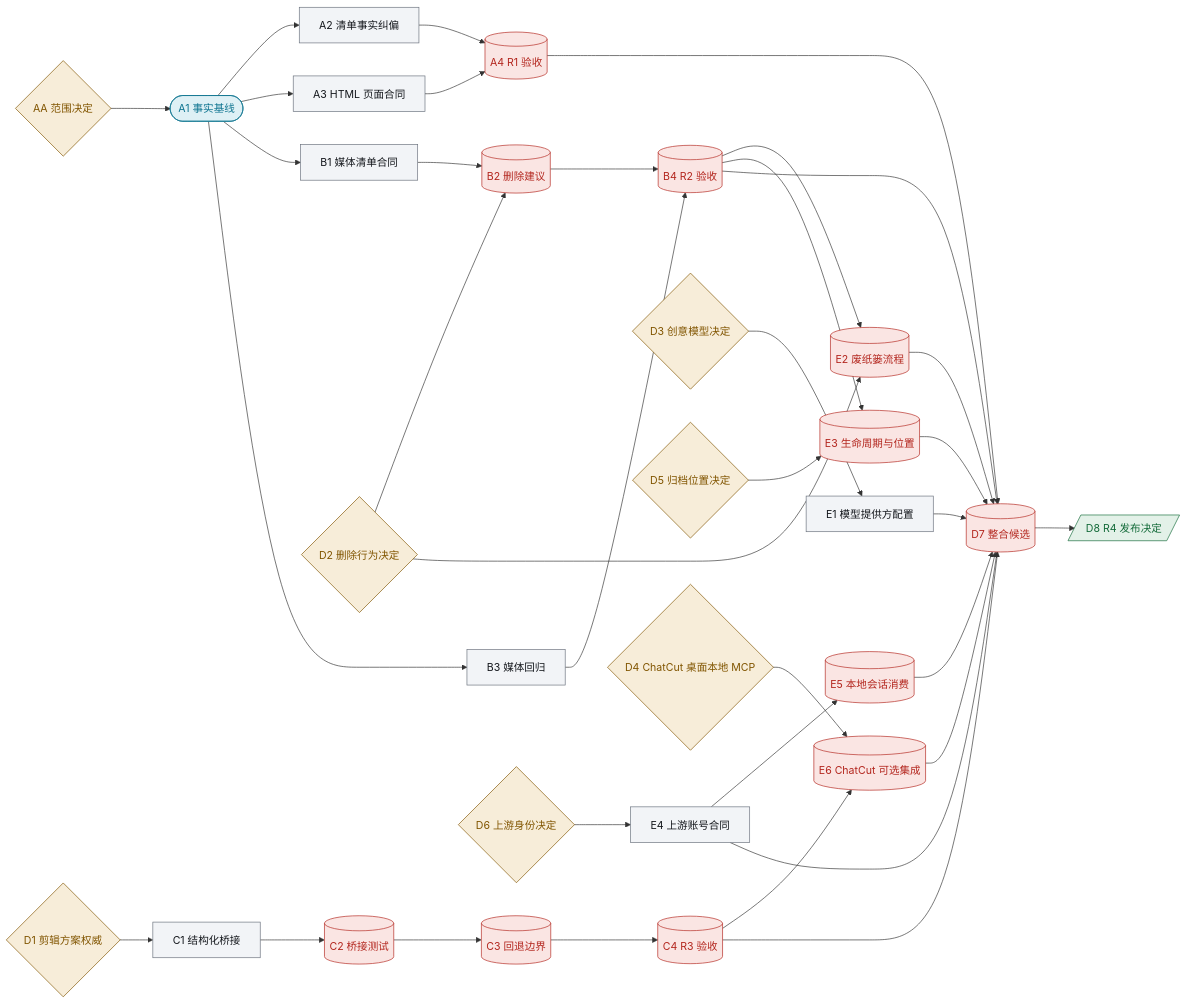
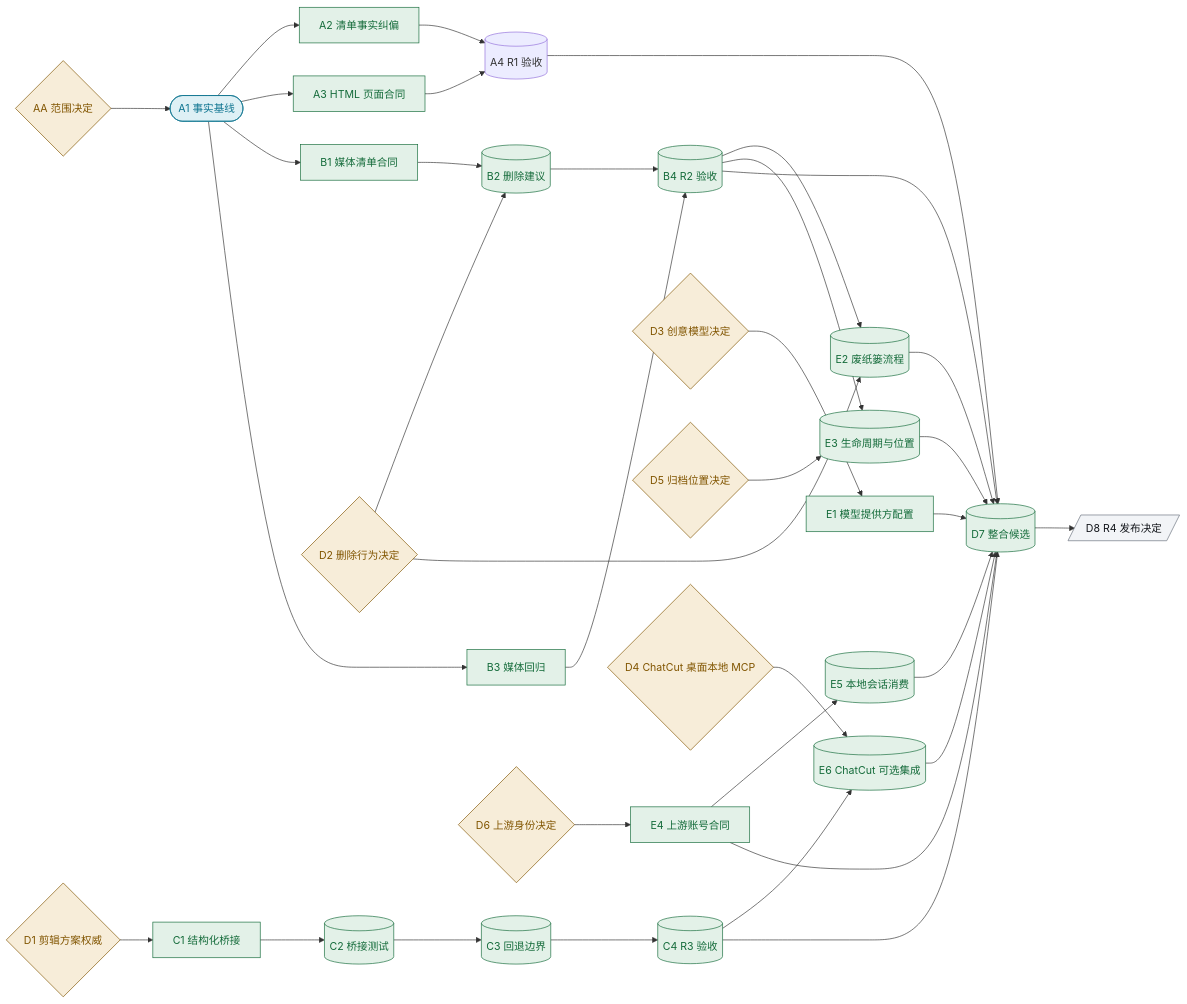
The diagram in agents-results/2026-09-01/openclaw-dev-checklist-review-remediation/ssot-development-paths.md (ValentinoWang/photo-content-os), drawn with Mermaid before and after one commit. The commit also changed other lines of this file and 102 other files, not shown here.

````diff
--- a/agents-results/2026-09-01/openclaw-dev-checklist-review-remediation/ssot-development-paths.md
+++ b/agents-results/2026-09-01/openclaw-dev-checklist-review-remediation/ssot-development-paths.md
@@ -160,47 +161,46 @@
 ```mermaid
 flowchart LR
   AA{"AA 范围决定"} --> A1(["A1 事实基线"])
   A1 --> A2["A2 清单事实纠偏"]
   A1 --> A3["A3 HTML 页面合同"]
   A2 --> A4[("A4 R1 验收")]
   A3 --> A4
   A1 --> B1["B1 媒体清单合同"]
   A1 --> B3["B3 媒体回归"]
   D2{"D2 删除行为决定"} --> B2[("B2 删除建议")]
   B1 --> B2
   B2 --> B4[("B4 R2 验收")]
   B3 --> B4
   D1{"D1 剪辑方案权威"} --> C1["C1 结构化桥接"]
   C1 --> C2[("C2 桥接测试")]
   C2 --> C3[("C3 回退边界")]
   C3 --> C4[("C4 R3 验收")]
   D3{"D3 创意模型决定"} --> E1["E1 模型提供方配置"]
   D2 --> E2[("E2 废纸篓流程")]
   B4 --> E2
   D5{"D5 归档位置决定"} --> E3[("E3 生命周期与位置")]
   B4 --> E3
   D6{"D6 上游身份决定"} --> E4["E4 上游账号合同"]
   E4 --> E5[("E5 本地会话消费")]
   D4{"D4 ChatCut 桌面本地 MCP"} --> E6[("E6 ChatCut 可选集成")]
   C4 --> E6
   A4 --> D7[("D7 整合候选")]
   B4 --> D7
   C4 --> D7
   E1 --> D7
   E2 --> D7
   E3 --> D7
   E4 --> D7
   E5 --> D7
   E6 --> D7
   D7 --> D8[/"D8 R4 发布决定"/]
   classDef inp  fill:#DEF0F5,stroke:#0E7490,color:#0E7490
   classDef work fill:#F2F4F7,stroke:#69707C,color:#14171C
   classDef dec  fill:#F7EDD9,stroke:#815500,color:#815500
   classDef out  fill:#E3F1E8,stroke:#146B3A,color:#146B3A
   classDef blk  fill:#FAE5E3,stroke:#B3261E,color:#B3261E
   class A1 inp
-  class A2,A3,B1,B3,C1,E1,E4 work
+  class A2,A3,B1,B2,B3,B4,B5,C1,C2,C3,C4,E1,E2,E3,E4,E5,E6,D7 out
   class AA,D1,D2,D3,D4,D5,D6 dec
-  class D8 out
-  class A4,B2,B4,C2,C3,C4,E2,E3,E5,E6,D7 blk
+  class D8 work
 ```
````
